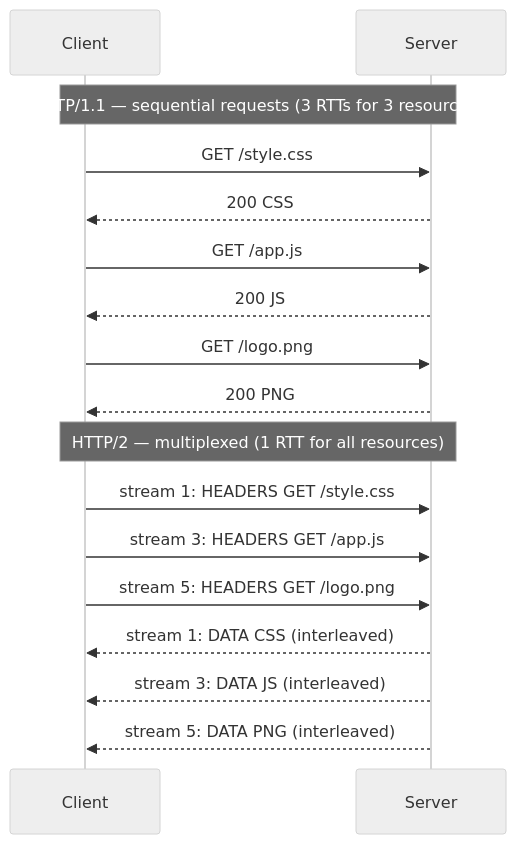
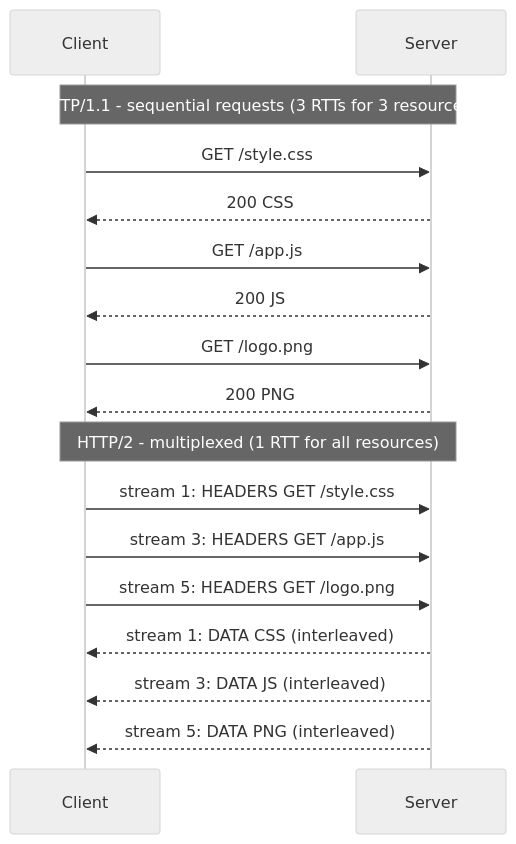
One commit to b-balakrishna/system-design changed the first of 8 diagrams in phase-2-foundations/topic-3-http2-and-http3-quic.md. Above: the diagram before and after it, drawn with Mermaid (neutral theme). The commit also changed other lines of this file and 165 other files, not shown here.

Commit message:
feat: add comprehensive system design documentation covering foundations, backend, frontend, distributed systems, and AI/ML architectures

````diff
--- a/phase-2-foundations/topic-3-http2-and-http3-quic.md
+++ b/phase-2-foundations/topic-3-http2-and-http3-quic.md
@@ -79,21 +79,21 @@
 ```mermaid
 sequenceDiagram
     participant C as Client
     participant S as Server
 
-    Note over C,S: HTTP/1.1 — sequential requests (3 RTTs for 3 resources)
+    Note over C,S: HTTP/1.1  -  sequential requests (3 RTTs for 3 resources)
     C->>S: GET /style.css
     S-->>C: 200 CSS
     C->>S: GET /app.js
     S-->>C: 200 JS
     C->>S: GET /logo.png
     S-->>C: 200 PNG
 
-    Note over C,S: HTTP/2 — multiplexed (1 RTT for all resources)
+    Note over C,S: HTTP/2  -  multiplexed (1 RTT for all resources)
     C->>S: stream 1: HEADERS GET /style.css
     C->>S: stream 3: HEADERS GET /app.js
     C->>S: stream 5: HEADERS GET /logo.png
     S-->>C: stream 1: DATA CSS (interleaved)
     S-->>C: stream 3: DATA JS (interleaved)
     S-->>C: stream 5: DATA PNG (interleaved)
 ```
````
